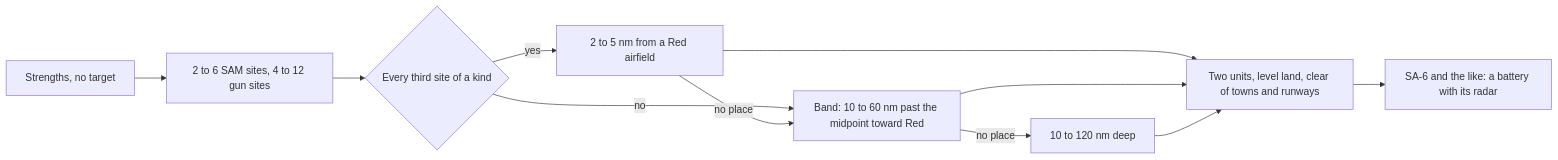
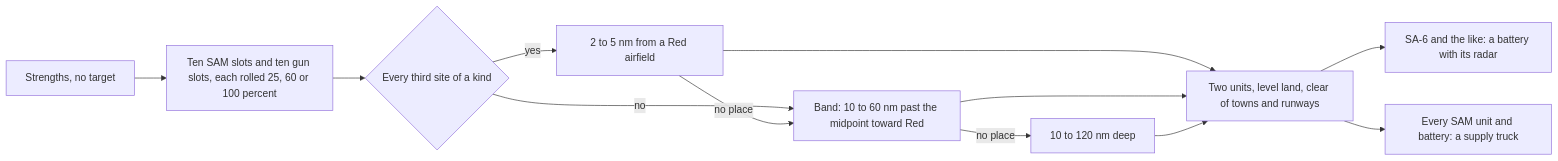
One commit to john-overton/T.O.R.E-Fighters changed the fourth of 9 diagrams in docs/spec/surface-defenses.md. Above: the diagram before and after it, drawn with Mermaid. The commit also changed other lines of this file and 4 other files, not shown here.

First line of the commit message:
Document the rolled area defense counts, SAM trucks and old recordings (nr-b23b)

````diff
--- a/docs/spec/surface-defenses.md
+++ b/docs/spec/surface-defenses.md
@@ -671,13 +717,14 @@
 ```mermaid
 flowchart LR
-    S[Strengths, no target] --> N[2 to 6 SAM sites, 4 to 12 gun sites]
+    S[Strengths, no target] --> N[Ten SAM slots and ten gun slots, each rolled 25, 60 or 100 percent]
     N --> F{Every third site of a kind}
     F -->|yes| A[2 to 5 nm from a Red airfield]
     F -->|no| B[Band: 10 to 60 nm past the midpoint toward Red]
     A -->|no place| B
     B -->|no place| D[10 to 120 nm deep]
     A --> U[Two units, level land, clear of towns and runways]
     B --> U
     D --> U
     U --> R[SA-6 and the like: a battery with its radar]
+    U --> T[Every SAM unit and battery: a supply truck]
 ```
````
